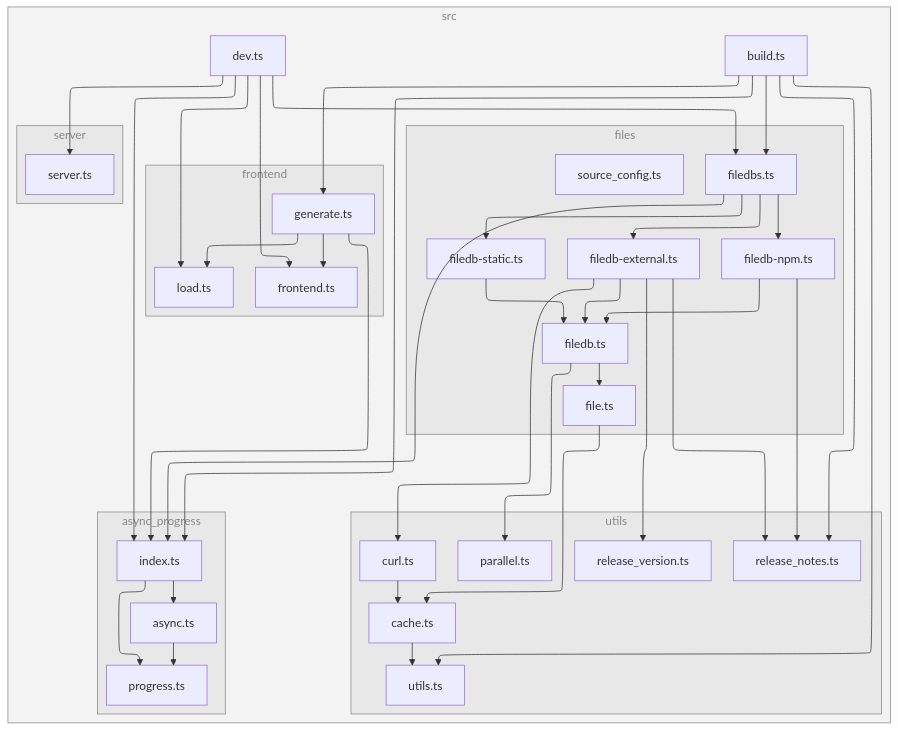
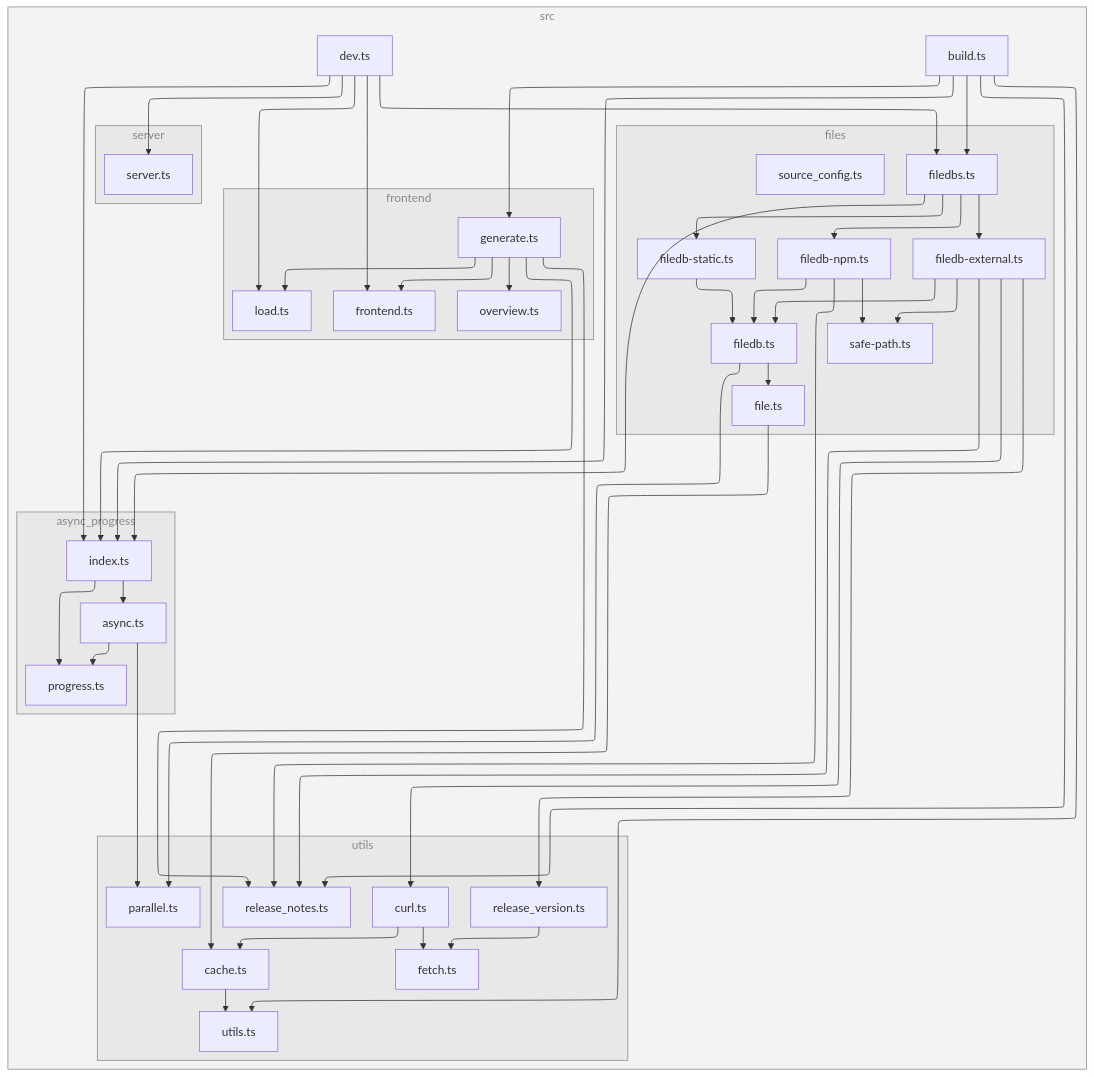
The diagram in README.md (versatiles-org/versatiles-frontend), drawn with Mermaid before and after one commit.

Commit message:
refactor: update flowchart structure in README.md for better clarity

````diff
--- a/README.md
+++ b/README.md
@@ -93,70 +93,80 @@
 subgraph 0["src"]
 subgraph 1["async_progress"]
 2["async.ts"]
-3["progress.ts"]
-4["index.ts"]
+5["progress.ts"]
+6["index.ts"]
 end
-5["build.ts"]
-subgraph 6["files"]
-7["filedbs.ts"]
-8["filedb-external.ts"]
-F["filedb.ts"]
-H["file.ts"]
-I["filedb-npm.ts"]
-J["filedb-static.ts"]
-R["source_config.ts"]
+subgraph 3["utils"]
+4["parallel.ts"]
+B["curl.ts"]
+C["cache.ts"]
+D["utils.ts"]
+E["fetch.ts"]
+F["release_notes.ts"]
+G["release_version.ts"]
 end
-subgraph 9["utils"]
-A["curl.ts"]
-B["cache.ts"]
-C["utils.ts"]
-D["release_notes.ts"]
-E["release_version.ts"]
-G["parallel.ts"]
+7["build.ts"]
+subgraph 8["files"]
+9["filedbs.ts"]
+A["filedb-external.ts"]
+H["filedb.ts"]
+I["file.ts"]
+J["safe-path.ts"]
+K["filedb-npm.ts"]
+L["filedb-static.ts"]
+U["source_config.ts"]
 end
-subgraph K["frontend"]
-L["generate.ts"]
-M["frontend.ts"]
-N["load.ts"]
+subgraph M["frontend"]
+N["generate.ts"]
+O["frontend.ts"]
+P["load.ts"]
+Q["overview.ts"]
 end
-O["dev.ts"]
-subgraph P["server"]
-Q["server.ts"]
+R["dev.ts"]
+subgraph S["server"]
+T["server.ts"]
 end
 end
-2-->3
-4-->2
-4-->3
-5-->4
-5-->7
-5-->L
-5-->D
-5-->C
-7-->4
-7-->8
-7-->I
-7-->J
-8-->A
-8-->D
-8-->E
-8-->F
+2-->4
+2-->5
+6-->2
+6-->5
+7-->6
+7-->9
+7-->N
+7-->F
+7-->D
+9-->6
+9-->A
+9-->K
+9-->L
 A-->B
+A-->F
+A-->G
+A-->H
+A-->J
 B-->C
-F-->G
-F-->H
-H-->B
-I-->D
-I-->F
-J-->F
-L-->4
-L-->M
-L-->N
-O-->4
-O-->7
-O-->M
-O-->N
-O-->Q
+B-->E
+C-->D
+G-->E
+H-->4
+H-->I
+I-->C
+K-->F
+K-->H
+K-->J
+L-->H
+N-->6
+N-->F
+N-->O
+N-->P
+N-->Q
+R-->6
+R-->9
+R-->O
+R-->P
+R-->T
 
-class 0,1,6,9,K,P subgraphs;
+class 0,1,3,8,M,S subgraphs;
 classDef subgraphs fill-opacity:0.1, fill:#888, color:#888, stroke:#888;
 ```
````
